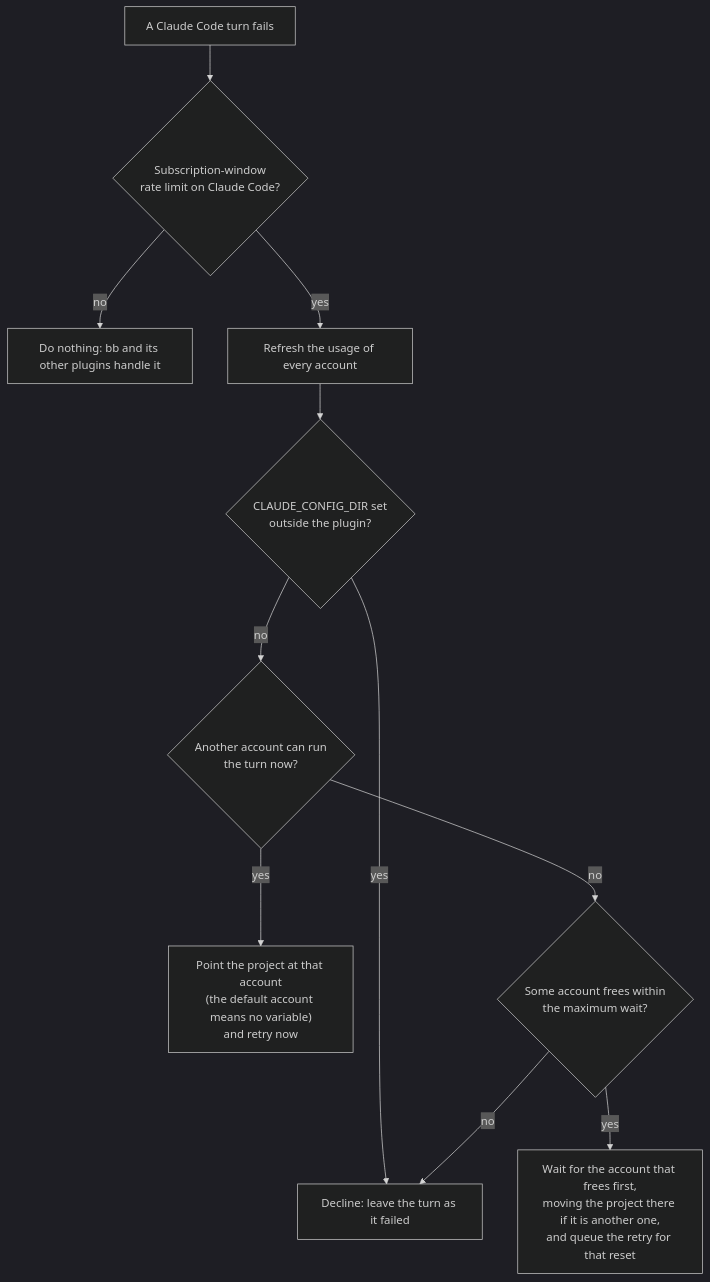
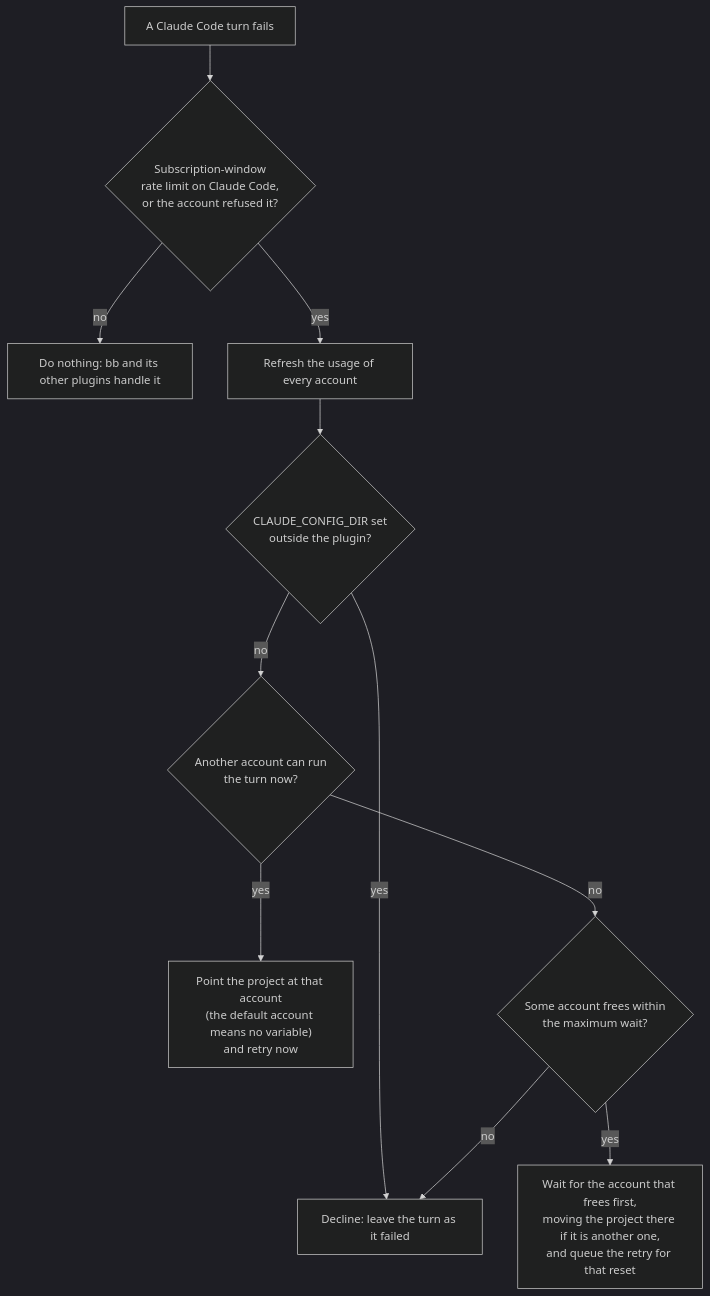
One commit to Finolaina/bb-plugin-claude-switcher changed the diagram in README.md. Above: the diagram before and after it, drawn with Mermaid (dark theme). The commit also changed other lines of this file and 10 other files, not shown here.

````diff
--- a/README.md
+++ b/README.md
@@ -303,13 +304,13 @@
 ```mermaid
 flowchart TD
-  A[A Claude Code turn fails] --> B{Subscription-window<br/>rate limit on Claude Code?}
+  A[A Claude Code turn fails] --> B{"Subscription-window<br/>rate limit on Claude Code,<br/>or the account refused it?"}
   B -- no --> Z[Do nothing: bb and its other plugins handle it]
   B -- yes --> C[Refresh the usage of every account]
   C --> X{"CLAUDE_CONFIG_DIR set<br/>outside the plugin?"}
   X -- yes --> H
   X -- no --> D{Another account can run<br/>the turn now?}
   D -- yes --> E["Point the project at that account<br/>(the default account means no variable)<br/>and retry now"]
   D -- no --> F{Some account frees within<br/>the maximum wait?}
   F -- yes --> G["Wait for the account that frees first,<br/>moving the project there if it is another one,<br/>and queue the retry for that reset"]
   F -- no --> H[Decline: leave the turn as it failed]
 ```
````
